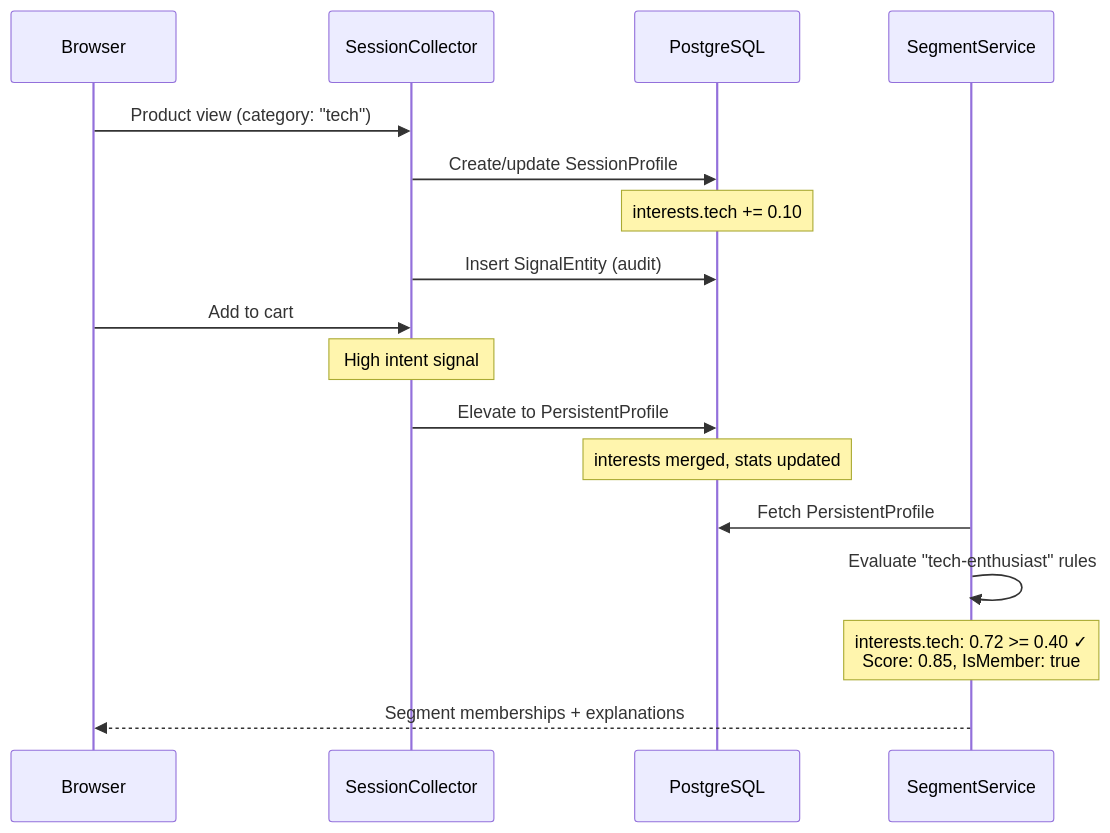
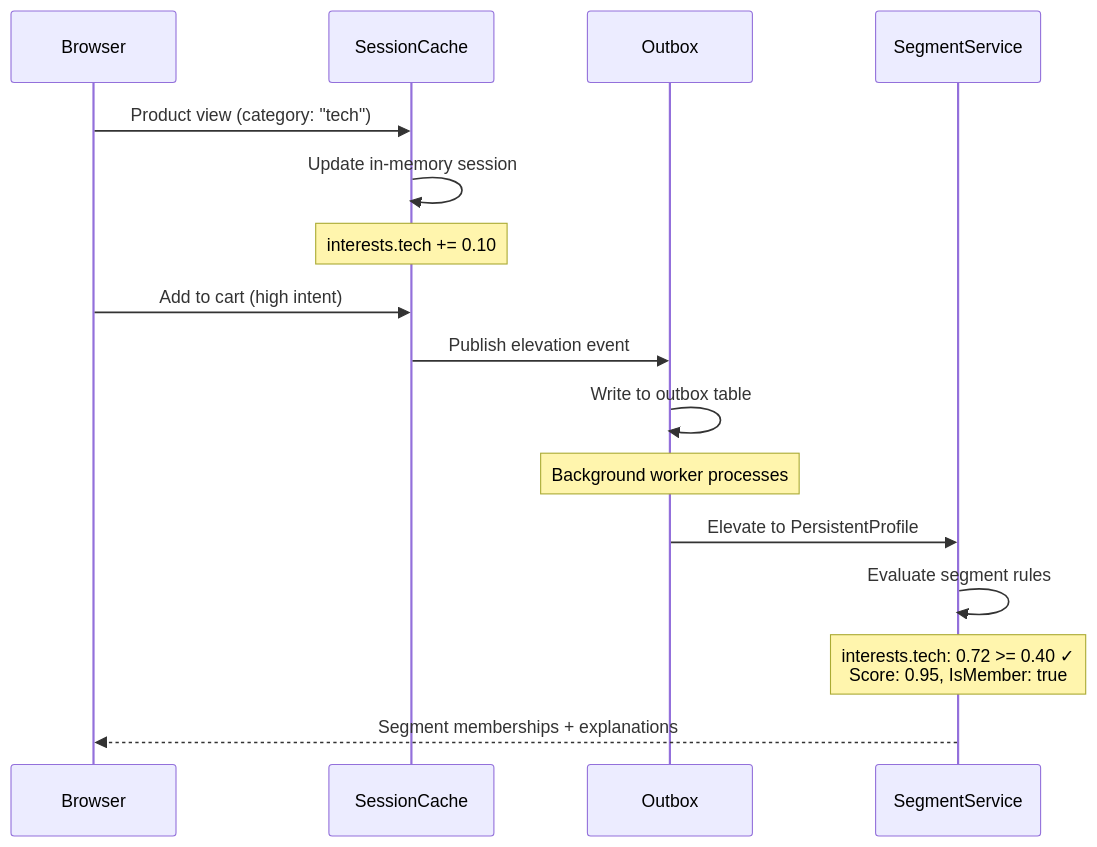
Before and after one commit to Shaddix/mostlylucidweb: the fifth of 6 diagrams in Mostlylucid/Markdown/zero-pii-customer-intelligence-part2.md, drawn with Mermaid. The commit also changed other lines of this file and 29 other files, not shown here.

First line of the commit message:
Refactor seller model: replace SellerEntity with UserEntity and SellerProfile

````diff
--- a/Mostlylucid/Markdown/zero-pii-customer-intelligence-part2.md
+++ b/Mostlylucid/Markdown/zero-pii-customer-intelligence-part2.md
@@ -691,22 +883,22 @@
 ```mermaid
 sequenceDiagram
     participant Browser
-    participant Collector as SessionCollector
-    participant DB as PostgreSQL
+    participant Cache as SessionCache
+    participant Outbox as Outbox
     participant Segment as SegmentService
 
-    Browser->>Collector: Product view (category: "tech")
-    Collector->>DB: Create/update SessionProfile
-    Note over DB: interests.tech += 0.10
-    Collector->>DB: Insert SignalEntity (audit)
+    Browser->>Cache: Product view (category: "tech")
+    Cache->>Cache: Update in-memory session
+    Note over Cache: interests.tech += 0.10
     
-    Browser->>Collector: Add to cart
-    Note over Collector: High intent signal
-    Collector->>DB: Elevate to PersistentProfile
-    Note over DB: interests merged, stats updated
+    Browser->>Cache: Add to cart (high intent)
+    Cache->>Outbox: Publish elevation event
+    Outbox->>Outbox: Write to outbox table
     
-    Segment->>DB: Fetch PersistentProfile
-    Segment->>Segment: Evaluate "tech-enthusiast" rules
-    Note over Segment: interests.tech: 0.72 >= 0.40 ✓<br/>Score: 0.85, IsMember: true
+    Note over Outbox: Background worker processes
+    Outbox->>Segment: Elevate to PersistentProfile
+    
+    Segment->>Segment: Evaluate segment rules
+    Note over Segment: interests.tech: 0.72 >= 0.40 ✓<br/>Score: 0.95, IsMember: true
     Segment-->>Browser: Segment memberships + explanations
 ```
````
